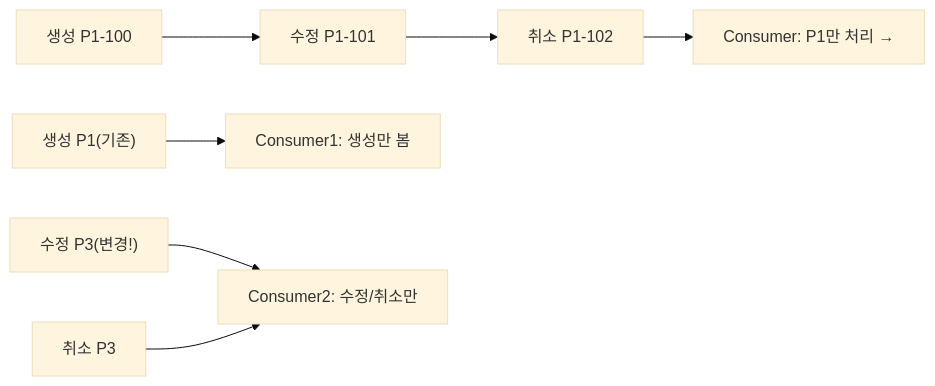
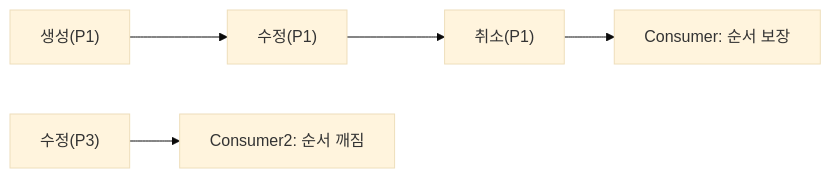
The eighth of 21 diagrams in _posts/kafka/2026-05-01-kafka-extreme-scenarios.md (yjkim2015/yjkim2015.github.io), drawn with Mermaid (base theme) before and after one commit. The commit also changed other lines of this file and 163 other files, not shown here.

First line of the commit message:
Mermaid 300개 블록 내용 축소: 5노드 5엣지 이하, 의미 있는 약어

````diff
--- a/_posts/kafka/2026-05-01-kafka-extreme-scenarios.md
+++ b/_posts/kafka/2026-05-01-kafka-extreme-scenarios.md
@@ -218,8 +218,6 @@
 ```mermaid
 graph LR
-    B1["생성 P1-100"] --> B2["수정 P1-101"] --> B3["취소 P1-102"]
-    B3 --> B4["Consumer: P1만 처리 →"]
-    A1["생성 P1(기존)"] --> A4["Consumer1: 생성만 봄"]
-    A2["수정 P3(변경!)"] --> A5["Consumer2: 수정/취소만"]
-    A3["취소 P3"] --> A5
+    B1["생성(P1)"] --> B2["수정(P1)"] --> B3["취소(P1)"]
+    B3 --> B4["Consumer: 순서 보장"]
+    A2["수정(P3)"] --> A5["Consumer2: 순서 깨짐"]
 ```
````
